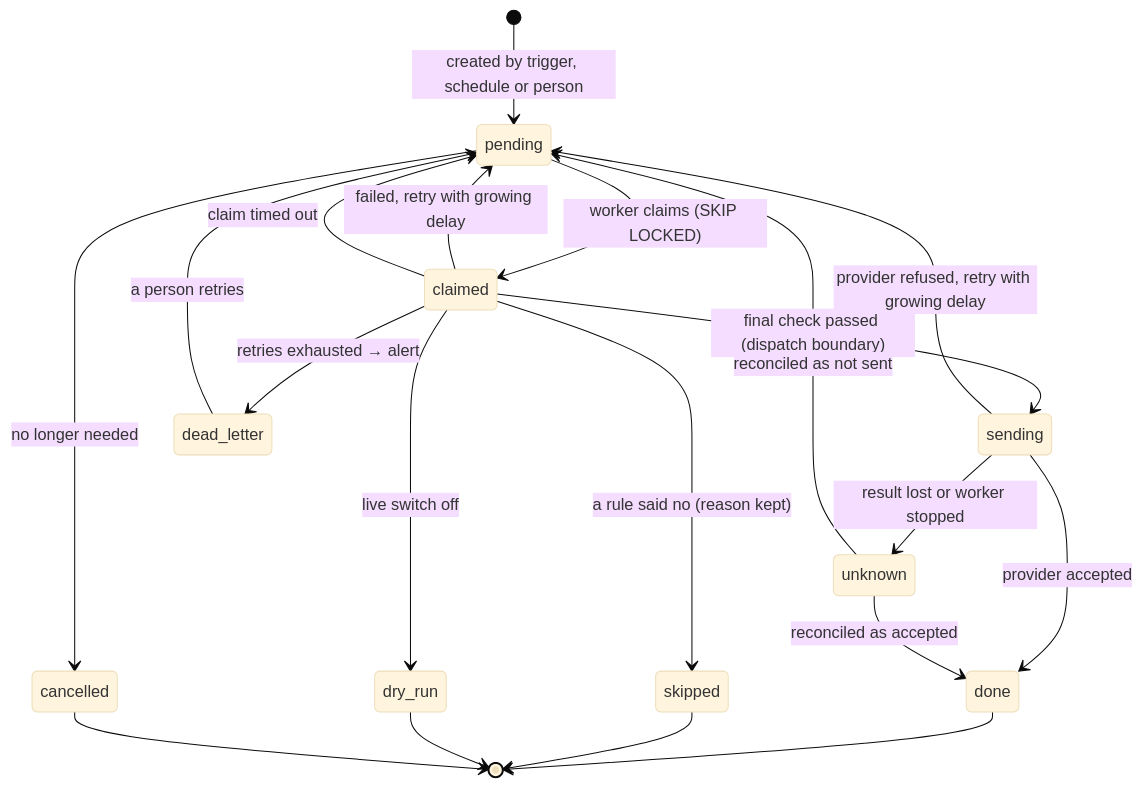
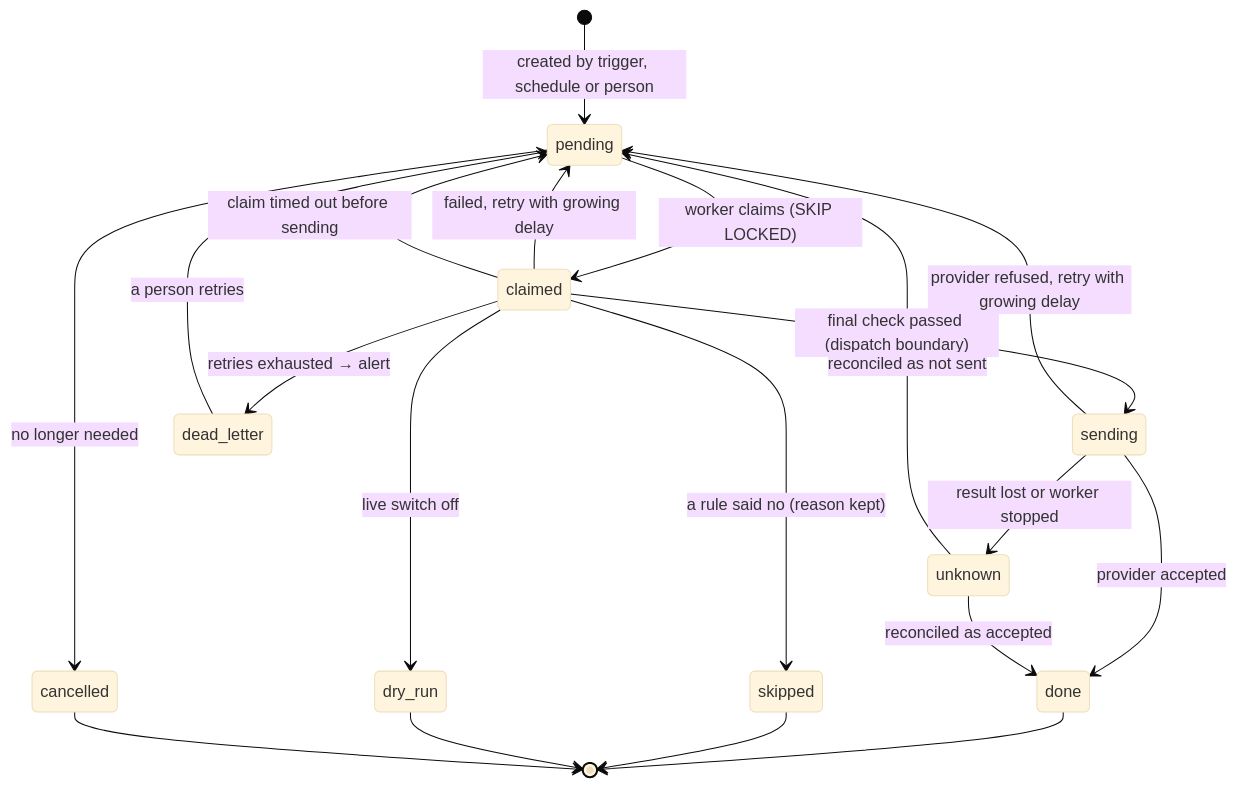
One commit to singhdhruv525-source/Zella-AI changed the fourth of 15 diagrams in ZELLA_VOICE_RULES.md. Above: the diagram before and after it, drawn with Mermaid (base theme). The commit also changed 1 other file, not shown here.

Commit message:
Separate claim timeouts before and after dispatch
A claim that expires before the dispatch boundary returns to due/pending;
one that expires while sending moves to unknown and is reconciled first
(REQ-AUT-03, 8.2, ARC-4). Follow-up to CodeRabbit's reply on PR 37.

Claude-Session: https://claude.ai/code/session_01MYG5NQqqzuDW5S9qj14eRN

````diff
--- a/ZELLA_VOICE_RULES.md
+++ b/ZELLA_VOICE_RULES.md
@@ -170,22 +170,22 @@
   ```mermaid
   stateDiagram-v2
     [*] --> pending: created by trigger, schedule or person
     pending --> claimed: worker claims (SKIP LOCKED)
     claimed --> sending: final check passed (dispatch boundary)
     sending --> done: provider accepted
     sending --> pending: provider refused, retry with growing delay
     sending --> unknown: result lost or worker stopped
     unknown --> done: reconciled as accepted
     unknown --> pending: reconciled as not sent
     claimed --> skipped: a rule said no (reason kept)
     claimed --> dry_run: live switch off
     claimed --> pending: failed, retry with growing delay
-    claimed --> pending: claim timed out
+    claimed --> pending: claim timed out before sending
     claimed --> dead_letter: retries exhausted → alert
     pending --> cancelled: no longer needed
     dead_letter --> pending: a person retries
     done --> [*]
     skipped --> [*]
     dry_run --> [*]
     cancelled --> [*]
   ```
````
